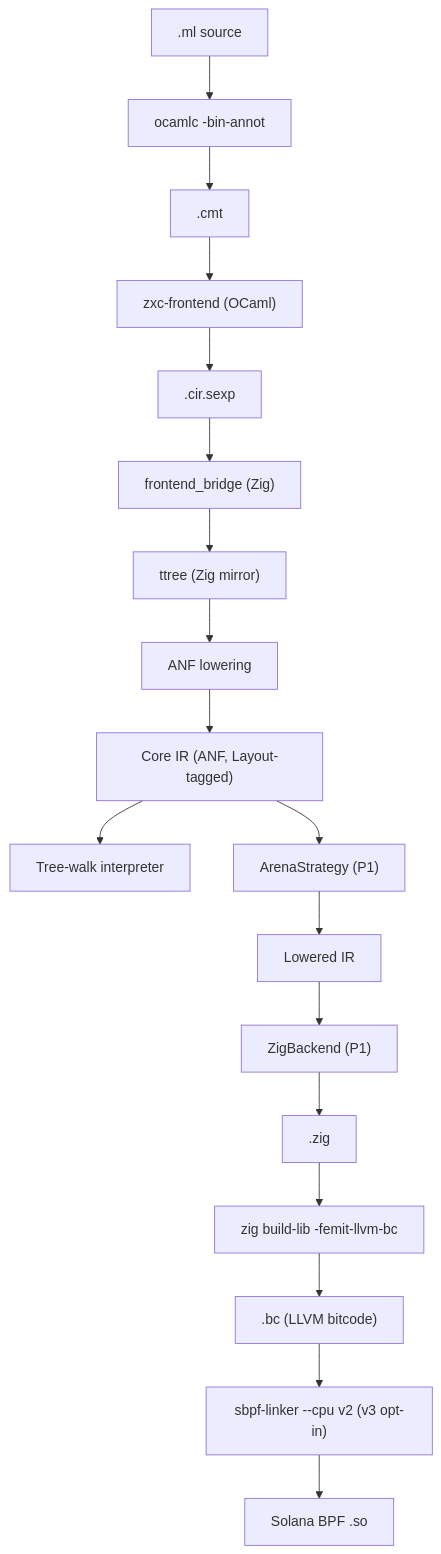
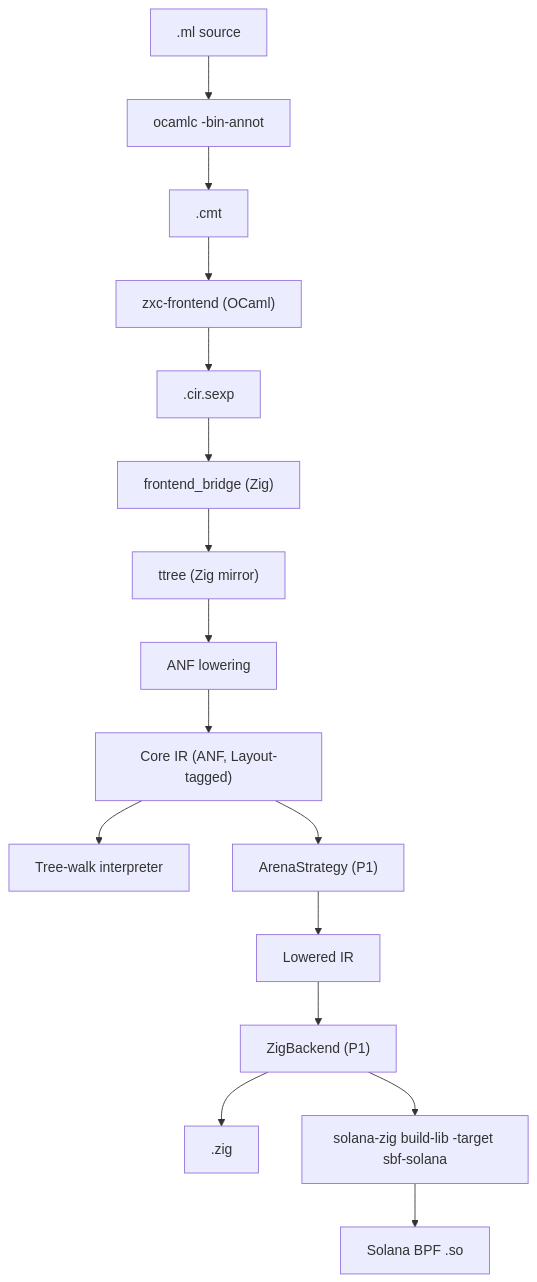
The diagram in docs/01-architecture.md (DaviRain-Su/zxcaml), drawn with Mermaid before and after one commit. The commit also changed other lines of this file and 18 other files, not shown here.

Commit message:
Align SOLANA_ZIG path policy to direct solana-zig only

````diff
--- a/docs/01-architecture.md
+++ b/docs/01-architecture.md
@@ -154,25 +151,24 @@
 ```mermaid
 flowchart TD
     SRC[".ml source"]
     OCAMLC["ocamlc -bin-annot"]
     CMT[".cmt"]
     XFE["zxc-frontend (OCaml)"]
     SEXP[".cir.sexp"]
     BRIDGE["frontend_bridge (Zig)"]
     TT["ttree (Zig mirror)"]
     ANF["ANF lowering"]
     CIR["Core IR (ANF, Layout-tagged)"]
     INTERP["Tree-walk interpreter"]
     LSTRAT["ArenaStrategy (P1)"]
     LIR["Lowered IR"]
     BE["ZigBackend (P1)"]
     ZSRC[".zig"]
-    ZTOOL["zig build-lib -femit-llvm-bc"]
-    BC[".bc (LLVM bitcode)"]
-    LINK["sbpf-linker --cpu v2 (v3 opt-in)"]
+    DIRECT["solana-zig build-lib -target sbf-solana"]
     BPF["Solana BPF .so"]
 
     SRC --> OCAMLC --> CMT --> XFE --> SEXP --> BRIDGE --> TT --> ANF --> CIR
     CIR --> INTERP
-    CIR --> LSTRAT --> LIR --> BE --> ZSRC --> ZTOOL --> BC --> LINK --> BPF
+    CIR --> LSTRAT --> LIR --> BE --> ZSRC
+    BE --> DIRECT --> BPF
 ```
````
